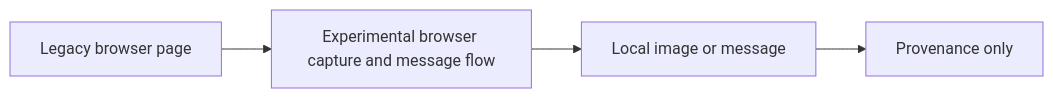
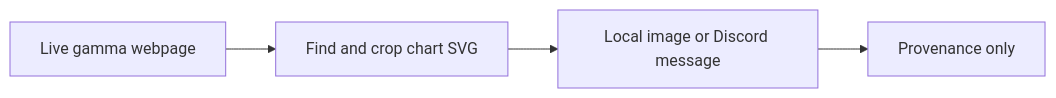
One commit to Ferreter/Dissertation changed the diagram in docs/scripts/legacy/disc-gamma-svg.md. Above: the diagram before and after it, drawn with Mermaid. The commit also changed other lines of this file and 27 other files, not shown here.

````diff
--- a/docs/scripts/legacy/disc-gamma-svg.md
+++ b/docs/scripts/legacy/disc-gamma-svg.md
@@ -12,6 +13,6 @@
 ```mermaid
 flowchart LR
-    A["Legacy browser page"] --> B["Experimental browser capture and message flow"]
-    B --> C["Local image or message"]
+    A["Live gamma webpage"] --> B["Find and crop chart SVG"]
+    B --> C["Local image or Discord message"]
     C --> D["Provenance only"]
 ```
````
